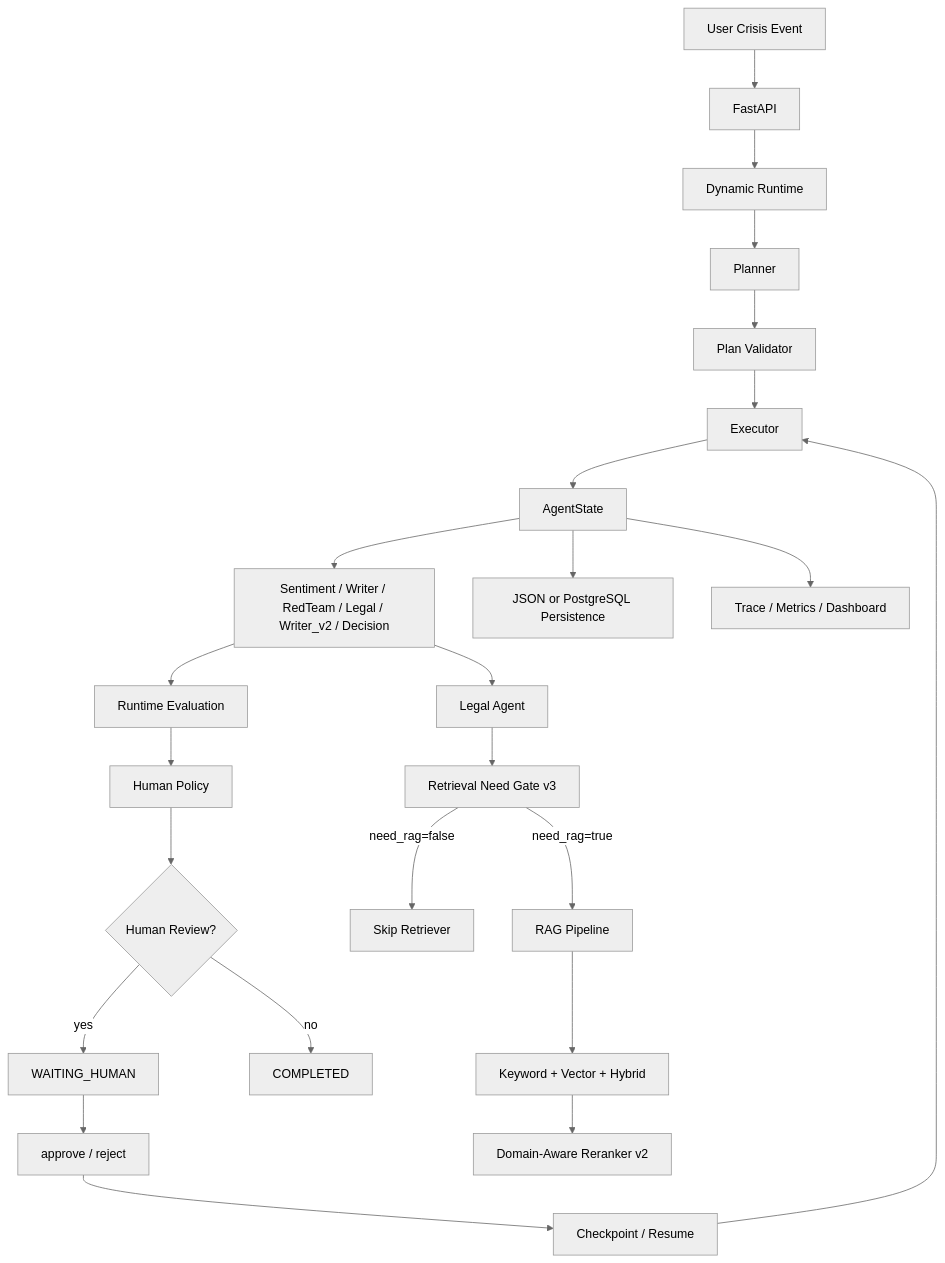
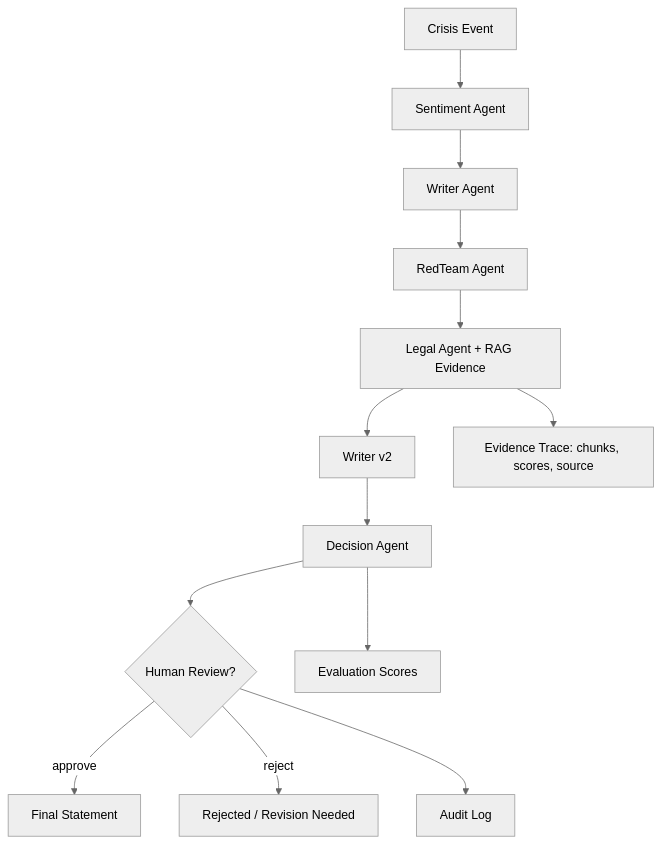
The first of 2 diagrams in README.md (Zzzzzzzuj/CrisisAgent), drawn with Mermaid (neutral theme) before and after one commit. The commit also changed other lines of this file and 1 other file, not shown here.

Commit message:
文档：补充 CrisisAgent 架构图与流程图

````diff
--- a/README.md
+++ b/README.md
@@ -33,27 +35,15 @@
 ```mermaid
 flowchart TD
-    A["User Crisis Event"] --> B["FastAPI"]
-    B --> C["Dynamic Runtime"]
-    C --> D["Planner"]
-    D --> E["Plan Validator"]
-    E --> F["Executor"]
-    F --> G["AgentState"]
-    G --> H["Sentiment / Writer / RedTeam / Legal / Writer_v2 / Decision"]
-    H --> I["Runtime Evaluation"]
-    I --> J["Human Policy"]
-    J --> K{"Human Review?"}
-    K -->|yes| L["WAITING_HUMAN"]
-    K -->|no| M["COMPLETED"]
-    L --> N["approve / reject"]
-    N --> O["Checkpoint / Resume"]
-    O --> F
-    G --> P["JSON or PostgreSQL Persistence"]
-    G --> Q["Trace / Metrics / Dashboard"]
-
-    H --> R["Legal Agent"]
-    R --> S["Retrieval Need Gate v3"]
-    S -->|need_rag=false| T["Skip Retriever"]
-    S -->|need_rag=true| U["RAG Pipeline"]
-    U --> V["Keyword + Vector + Hybrid"]
-    V --> W["Domain-Aware Reranker v2"]
+    A["Crisis Event"] --> B["Sentiment Agent"]
+    B --> C["Writer Agent"]
+    C --> D["RedTeam Agent"]
+    D --> E["Legal Agent + RAG Evidence"]
+    E --> F["Writer v2"]
+    F --> G["Decision Agent"]
+    G --> H{"Human Review?"}
+    H -->|approve| I["Final Statement"]
+    H -->|reject| J["Rejected / Revision Needed"]
+    H --> K["Audit Log"]
+    E --> L["Evidence Trace: chunks, scores, source"]
+    G --> M["Evaluation Scores"]
 ```
````
